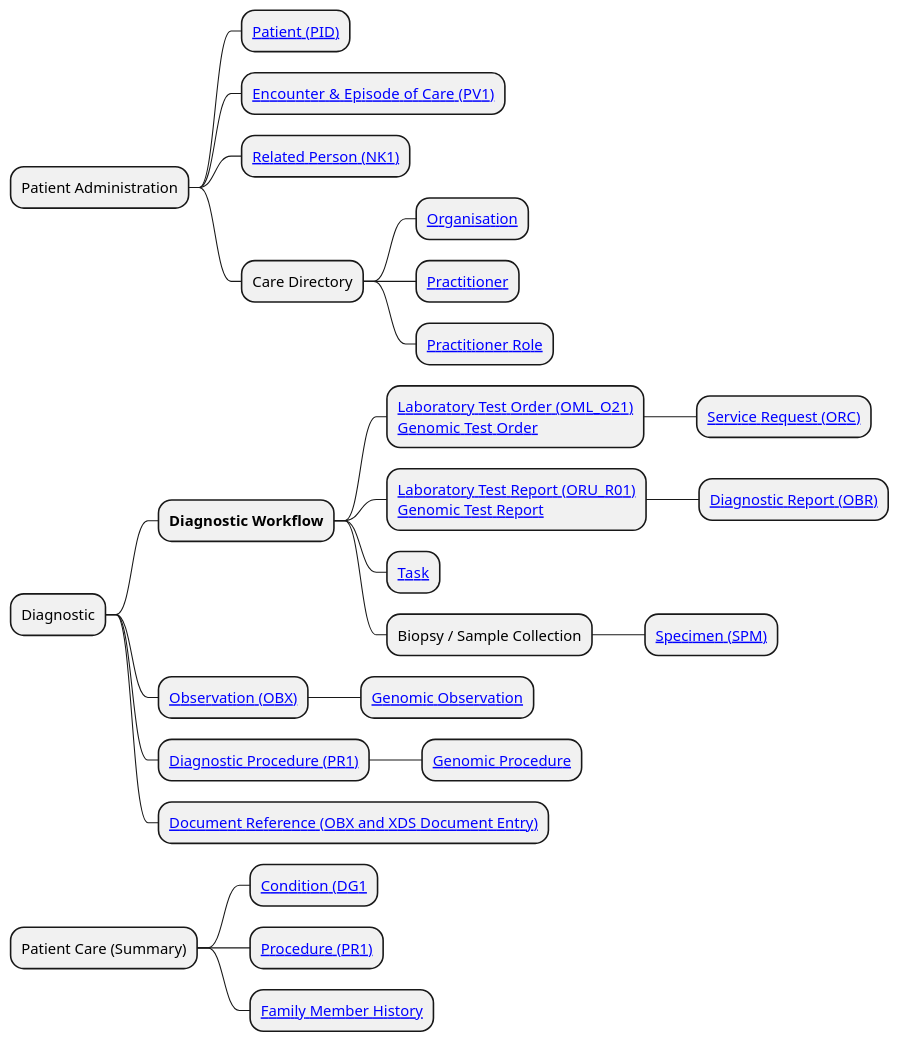
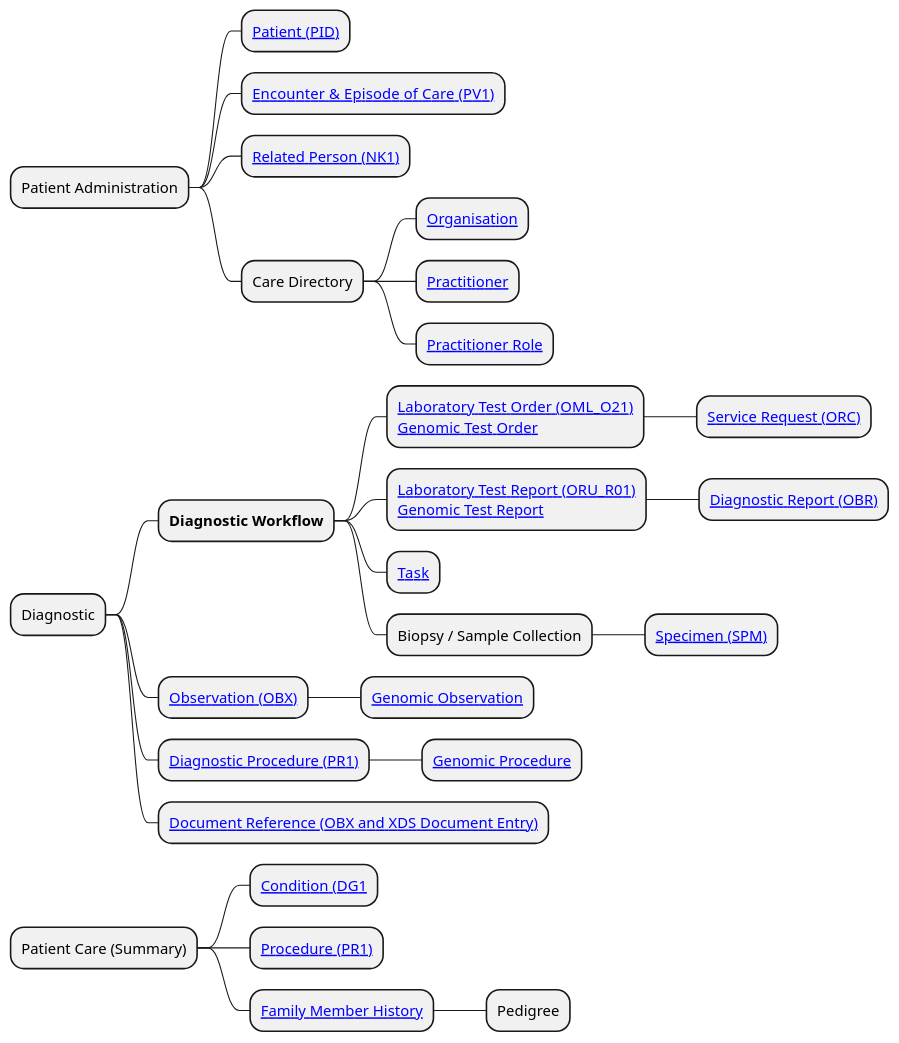
The diagram in input/images-source/Diagnostic-Workflow-mindmap.plantuml (uk-gov-mirror/nw-gmsa.nw-gmsa.github.com), drawn with PlantUML before and after one commit.

Commit message:
Lannister family

```diff
--- a/input/images-source/Diagnostic-Workflow-mindmap.plantuml
+++ b/input/images-source/Diagnostic-Workflow-mindmap.plantuml
@@ -1,30 +1,31 @@
 @startmindmap
 
 * Patient Administration
 ** [[StructureDefinition-Patient.html Patient (PID)]]
 ** [[StructureDefinition-Encounter.html Encounter & Episode of Care  (PV1)]]
 ** [[StructureDefinition-RelatedPerson.html Related Person (NK1)]]
 ** Care Directory
 *** [[StructureDefinition-Organization.html Organisation]]
 *** [[StructureDefinition-Practitioner.html Practitioner]]
 *** [[StructureDefinition-PractitionerRole.html Practitioner Role]]
 * Diagnostic
 **  <b>Diagnostic Workflow</b>
 *** [[Questionnaire-GenomicTestOrder.html Laboratory Test Order (OML_O21)\nGenomic Test Order]]
 **** [[StructureDefinition-ServiceRequest.html Service Request (ORC)]]
 *** [[Questionnaire-GenomicTestReport.html Laboratory Test Report (ORU_R01)\nGenomic Test Report]]
 **** [[StructureDefinition-DiagnosticReport.html Diagnostic Report (OBR)]]
 *** [[StructureDefinition-Task.html Task]]
 *** Biopsy / Sample Collection
 **** [[StructureDefinition-Specimen Specimen (SPM)]]
 ** [[StructureDefinition-Observation.html Observation (OBX)]]
 *** [[#genomic-observation Genomic Observation]]
 ** [[StructureDefinition-Procedure.html Diagnostic Procedure (PR1)]]
 *** [[#genomic-procedure Genomic Procedure]]
 ** [[StructureDefinition-DocumentReference.html Document Reference (OBX and XDS Document Entry)]]
 * Patient Care (Summary)
 ** [[StructureDefinition-Encounter.html Condition (DG1]]
 ** [[StructureDefinition-Procedure.html Procedure (PR1)]]
 ** [[StructureDefinition-FamilyMemberHistory.html Family Member History]]
+*** Pedigree
 
 @endmindmap
```
